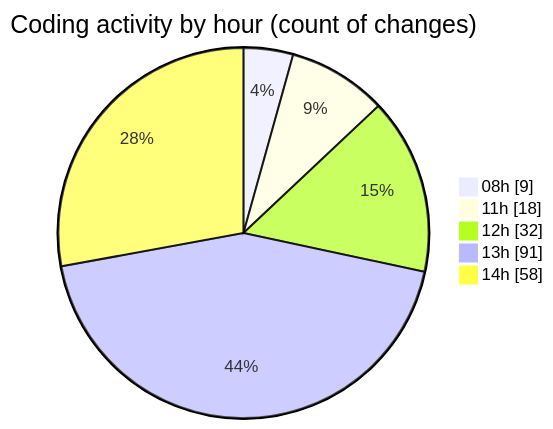
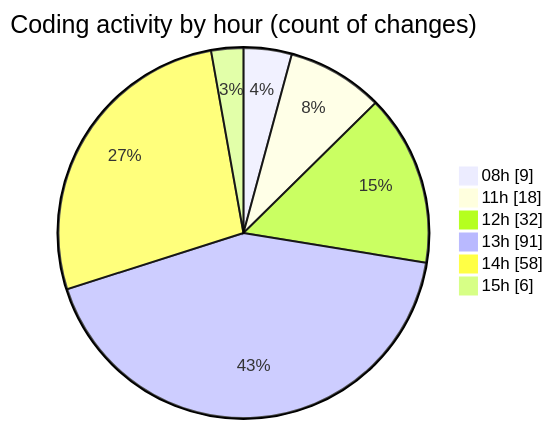
The second of 2 diagrams in 2026-04-17/cda/README.md (momahboobian/code-tracking), drawn with Mermaid before and after one commit. The commit also changed other lines of this file and 1 other file, not shown here.

````diff
--- a/2026-04-17/cda/README.md
+++ b/2026-04-17/cda/README.md
@@ -68,9 +69,10 @@
 ```mermaid
 pie showData
 title Coding activity by hour (count of changes)
 "08h" : 9
 "11h" : 18
 "12h" : 32
 "13h" : 91
 "14h" : 58
+"15h" : 6
 ```
````
